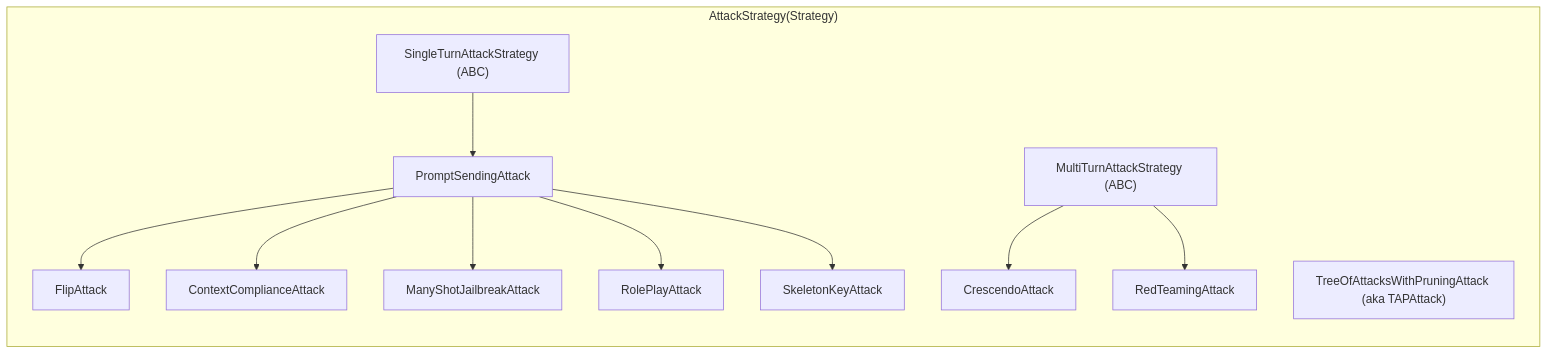
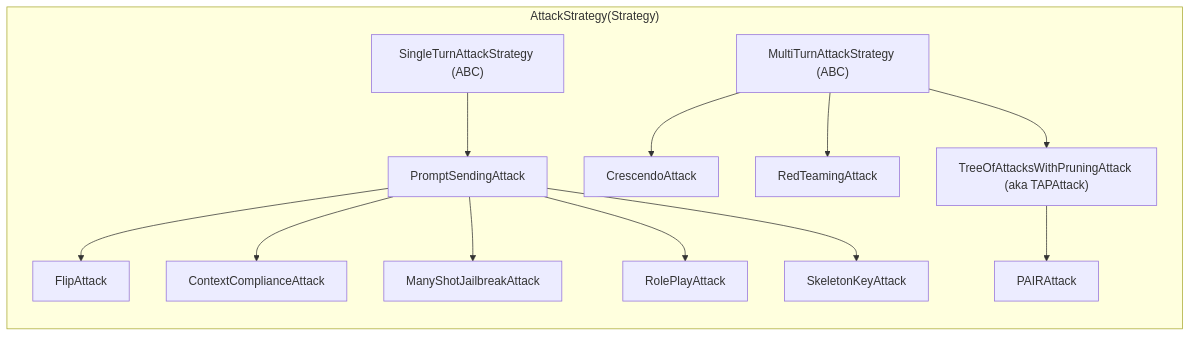
One commit to microsoft/PyRIT changed the second of 5 diagrams in doc/code/executor/attack/0_attack.md. Above: the diagram before and after it, drawn with Mermaid. The commit also changed 9 other files, not shown here.

````diff
--- a/doc/code/executor/attack/0_attack.md
+++ b/doc/code/executor/attack/0_attack.md
@@ -34,26 +34,29 @@
 ```{mermaid}
 flowchart LR
     subgraph AttackStrategy["AttackStrategy(Strategy)"]
         S_psa1["FlipAttack"]
         S_psa2["ContextComplianceAttack"]
         S_psa3["ManyShotJailbreakAttack"]
         S_psa4["RolePlayAttack"]
         S_psa5["SkeletonKeyAttack"]
         S_psa["PromptSendingAttack"]
         S_single["SingleTurnAttackStrategy (ABC)"]
         S_c["CrescendoAttack"]
         S_r["RedTeamingAttack"]
         s_t["TreeOfAttacksWithPruningAttack (aka TAPAttack)"]
+        s_pair["PAIRAttack"]
         S_multi["MultiTurnAttackStrategy (ABC)"]
     end
 
     S_psa --> S_psa1
     S_psa --> S_psa2
     S_psa --> S_psa3
     S_psa --> S_psa4
     S_psa --> S_psa5
     S_single --> S_psa
     S_multi --> S_c
     S_multi --> S_r
+    S_multi --> s_t
+    s_t --> s_pair
 
 ```
````
